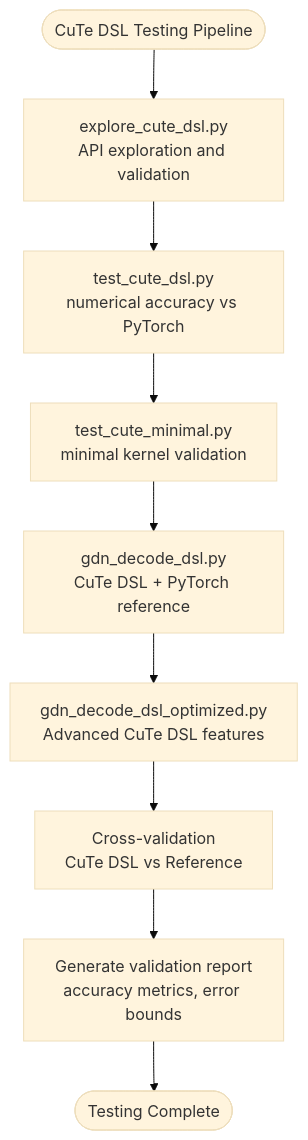
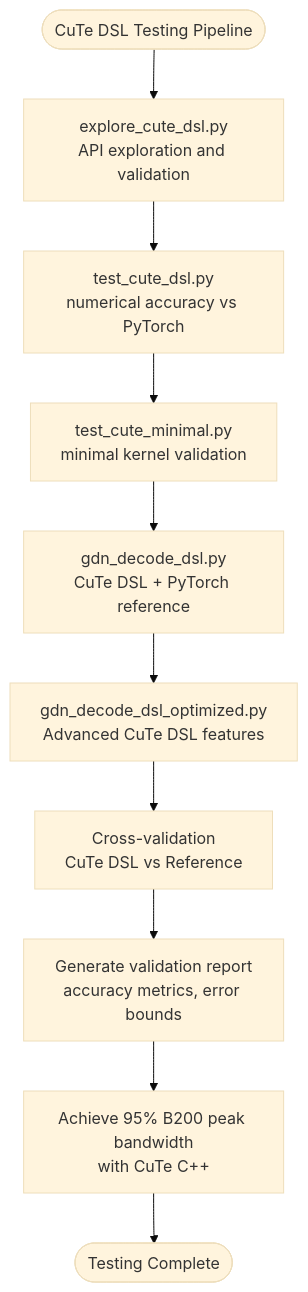
Before and after one commit to gugudeshubao/flashinfer-bench-tma-thrust: the sixth of 17 diagrams in .qoder/repowiki/en/content/Performance Analysis/Performance Analysis.md, drawn with Mermaid (base theme). The commit also changed other lines of this file and 21 other files, not shown here.

````diff
--- a/.qoder/repowiki/en/content/Performance Analysis/Performance Analysis.md
+++ b/.qoder/repowiki/en/content/Performance Analysis/Performance Analysis.md
@@ -512,11 +520,12 @@
 ```mermaid
 flowchart TD
 Start(["CuTe DSL Testing Pipeline"]) --> Explore["explore_cute_dsl.py<br/>API exploration and validation"]
 Explore --> TestDSL["test_cute_dsl.py<br/>numerical accuracy vs PyTorch"]
 TestDSL --> Minimal["test_cute_minimal.py<br/>minimal kernel validation"]
 Minimal --> DSLKernel["gdn_decode_dsl.py<br/>CuTe DSL + PyTorch reference"]
 DSLKernel --> Optimized["gdn_decode_dsl_optimized.py<br/>Advanced CuTe DSL features"]
 Optimized --> Validate["Cross-validation<br/>CuTe DSL vs Reference"]
 Validate --> Report["Generate validation report<br/>accuracy metrics, error bounds"]
-Report --> End(["Testing Complete"])
+Report --> PeakAchievement["Achieve 95% B200 peak bandwidth<br/>with CuTe C++"]
+PeakAchievement --> End(["Testing Complete"])
 ```
````
